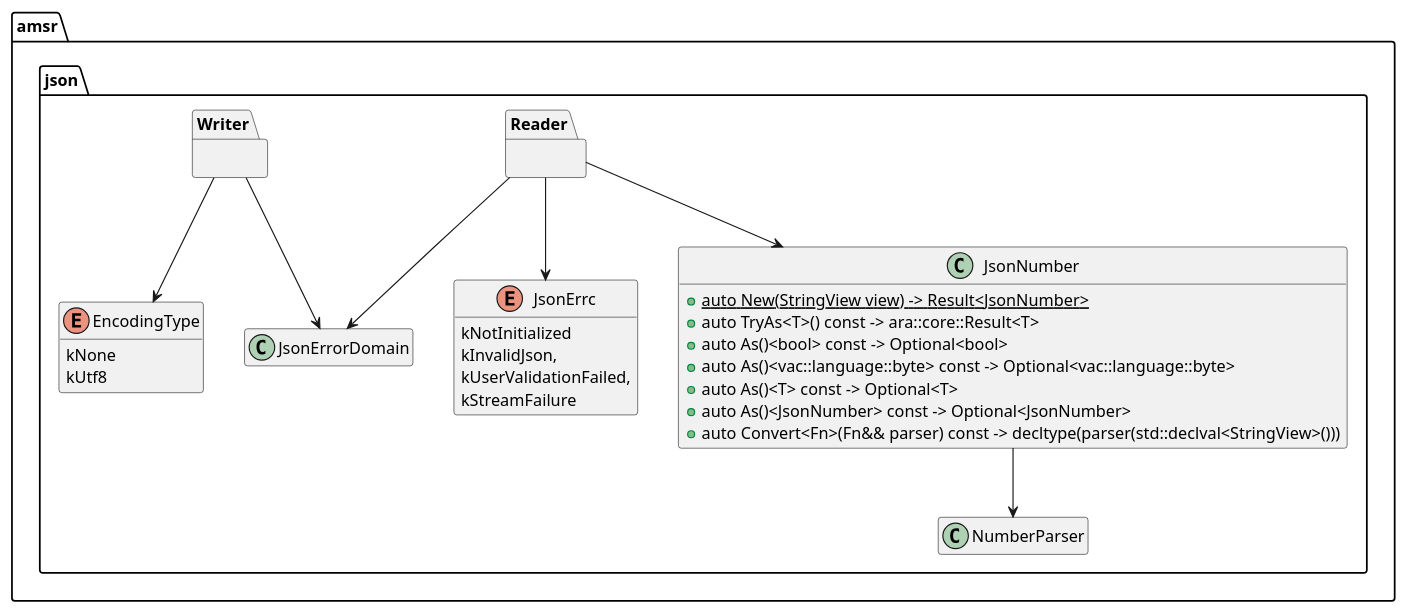
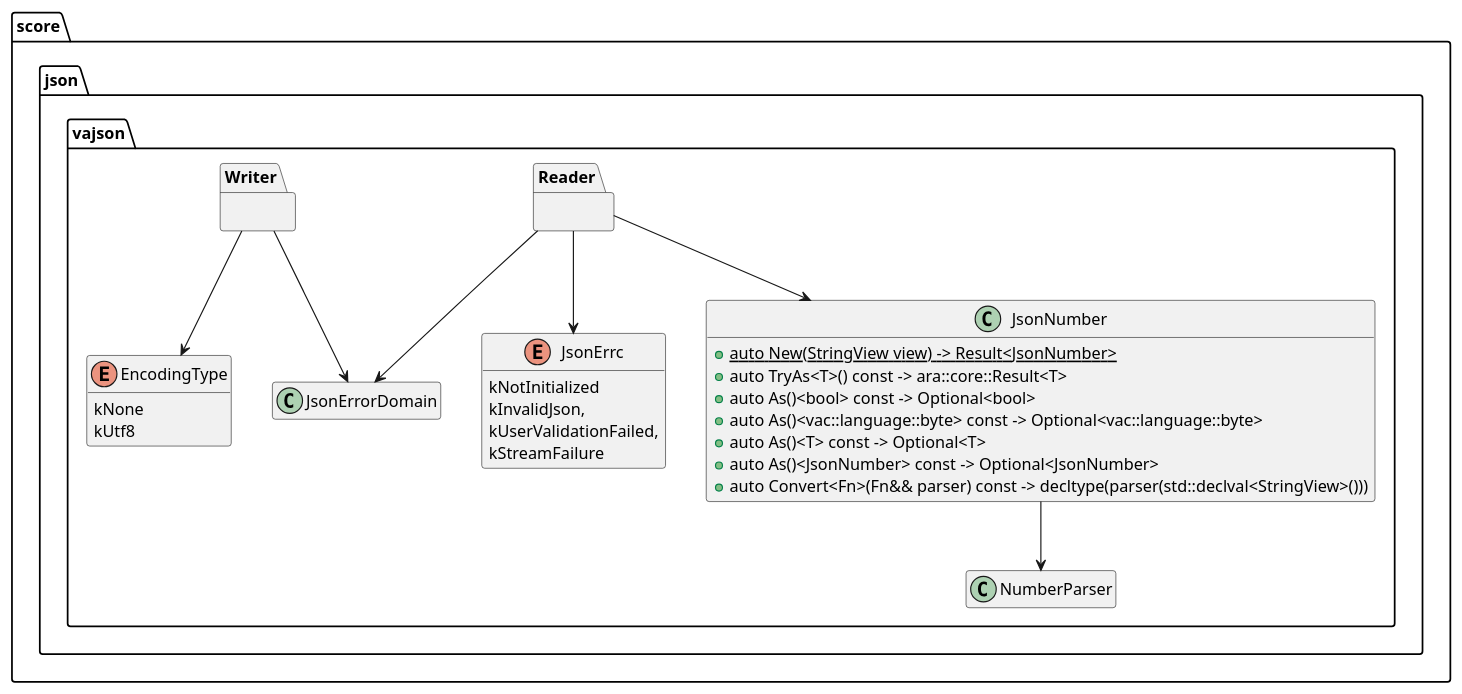
One commit to eclipse-score/baselibs changed the ninth of 9 diagrams in docs/baselibs/components/json/docs/vajson/design/logical/Reader.rst. Above: the diagram before and after it, drawn with PlantUML. The commit also changed other lines of this file and 5 other files, not shown here.

```diff
--- a/docs/baselibs/components/json/docs/vajson/design/logical/Reader.rst
+++ b/docs/baselibs/components/json/docs/vajson/design/logical/Reader.rst
@@ -645,51 +594,53 @@
 .. uml::
 
     @startuml
     hide empty members
 
-      package "amsr" {
+      package "score" {
         package "json" {
-          enum JsonErrc {
-            kNotInitialized
-            kInvalidJson,
-            kUserValidationFailed,
-            kStreamFailure
+          package "vajson" {
+            enum JsonErrc {
+              kNotInitialized
+              kInvalidJson,
+              kUserValidationFailed,
+              kStreamFailure
+            }
+
+            class JsonErrorDomain {}
+
+            class NumberParser {}
+
+            class JsonNumber {
+              + {static} auto New(StringView view) -> Result<JsonNumber>
+              + auto TryAs<T>() const -> ara::core::Result<T>
+              + auto As()<bool> const -> Optional<bool>
+              + auto As()<vac::language::byte> const -> Optional<vac::language::byte>
+              + auto As()<T> const -> Optional<T>
+              + auto As()<JsonNumber> const -> Optional<JsonNumber>
+              + auto Convert<Fn>(Fn&& parser) const -> decltype(parser(std::declval<StringView>()))
+            }
+
+            enum EncodingType {
+              kNone
+              kUtf8
+            }
+
+          package Reader {
           }
 
-          class JsonErrorDomain {}
-
-          class NumberParser {}
-
-          class JsonNumber {
-            + {static} auto New(StringView view) -> Result<JsonNumber>
-            + auto TryAs<T>() const -> ara::core::Result<T>
-            + auto As()<bool> const -> Optional<bool>
-            + auto As()<vac::language::byte> const -> Optional<vac::language::byte>
-            + auto As()<T> const -> Optional<T>
-            + auto As()<JsonNumber> const -> Optional<JsonNumber>
-            + auto Convert<Fn>(Fn&& parser) const -> decltype(parser(std::declval<StringView>()))
+          package Writer {
           }
-
-          enum EncodingType {
-            kNone
-            kUtf8
           }
-
-        package Reader {
-        }
-
-        package Writer {
-        }
         }
       }
 
       JsonNumber --> NumberParser
 
       Reader -down-> JsonNumber
       Reader -down-> JsonErrorDomain
       Reader -down-> JsonErrc
 
       Writer -down-> JsonErrorDomain
       Writer -down-> EncodingType
 
     @enduml
```
